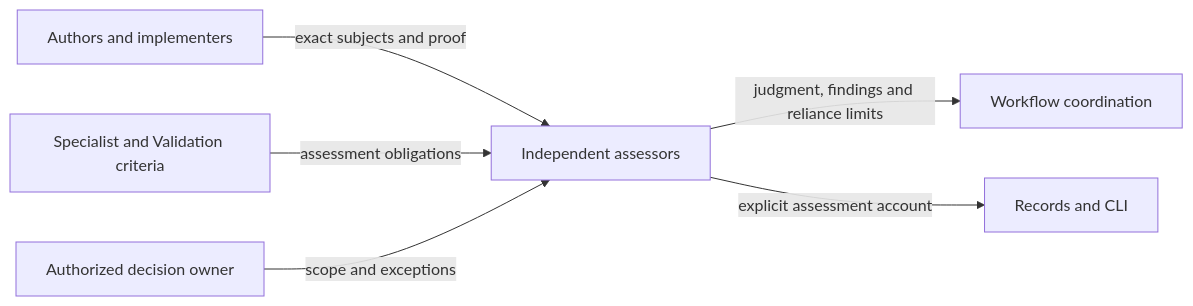
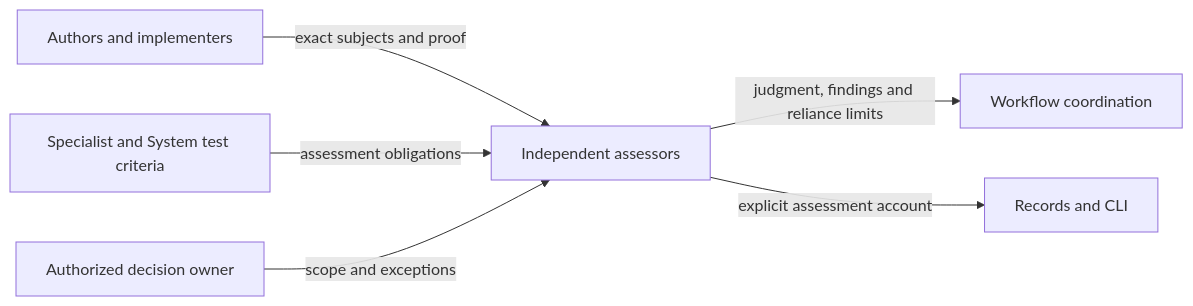
The second of 4 diagrams in docs/design/skill/assessment.md (xiongxianfei/rigorloop), drawn with Mermaid before and after one commit. The commit also changed other lines of this file and 123 other files, not shown here.

````diff
--- a/docs/design/skill/assessment.md
+++ b/docs/design/skill/assessment.md
@@ -98,8 +98,8 @@
 ```mermaid
 flowchart LR
     Authors["Authors and implementers"] -->|"exact subjects and proof"| Assessment["Independent assessors"]
-    Criteria["Specialist and Validation criteria"] -->|"assessment obligations"| Assessment
+    Criteria["Specialist and System test criteria"] -->|"assessment obligations"| Assessment
     Assessment -->|"judgment, findings and reliance limits"| Route["Workflow coordination"]
     Assessment -->|"explicit assessment account"| CLI["Records and CLI"]
     Human["Authorized decision owner"] -->|"scope and exceptions"| Assessment
 ```
````
